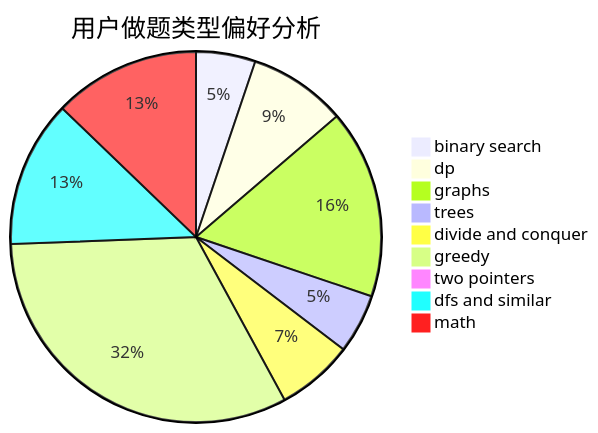
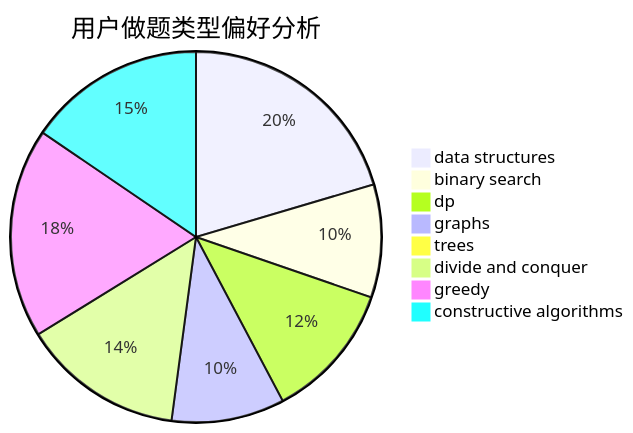
One commit to sherpahu/cfrs.github.io changed the second of 3 diagrams in docs/user/u1802.md. Above: the diagram before and after it, drawn with Mermaid. The commit also changed other lines of this file and 2775 other files, not shown here.

````diff
--- a/docs/user/u1802.md
+++ b/docs/user/u1802.md
@@ -23,12 +23,11 @@
 ```mermaid
 pie title 用户做题类型偏好分析
-    "binary search" :  17
-    "dp" :  28
-    "graphs" :  54
-    "trees" :  17
-    "divide and conquer" :  22
-    "greedy" :  106
-    "two pointers" :  0
-    "dfs and similar" :  42
-    "math" :  42
+    "data structures" :  29
+    "binary search" :  14
+    "dp" :  17
+    "graphs" :  14
+    "trees" :  0
+    "divide and conquer" :  20
+    "greedy" :  26
+    "constructive algorithms" :  22
 ```
````
